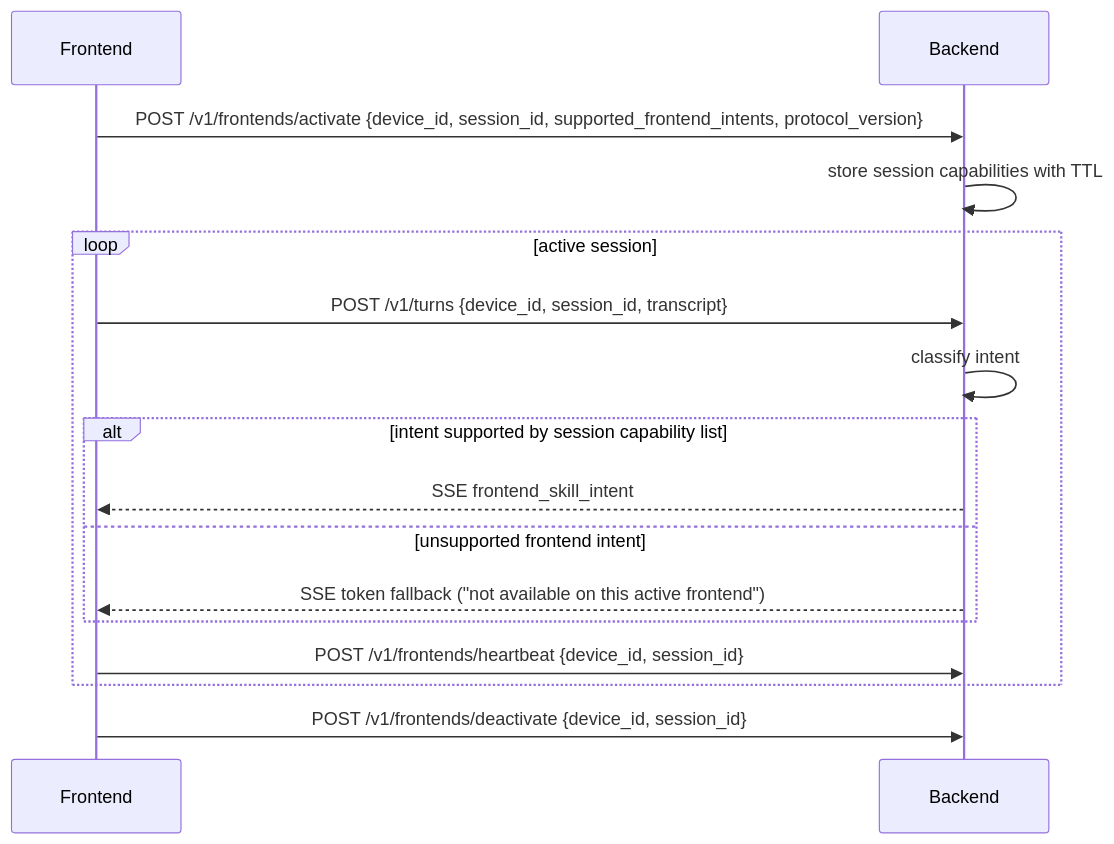
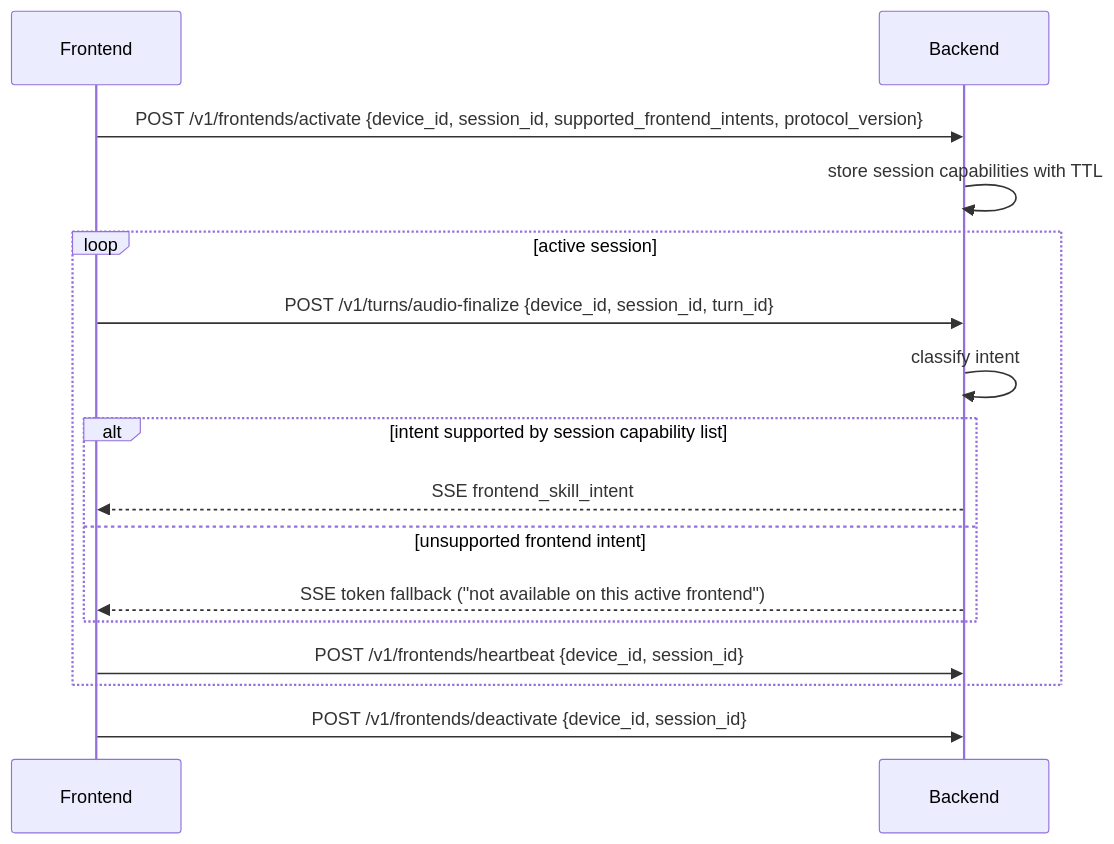
The tenth of 16 diagrams in docs/architecture/README.md (AncientiCe/aice), drawn with Mermaid before and after one commit. The commit also changed other lines of this file and 9 other files, not shown here.

````diff
--- a/docs/architecture/README.md
+++ b/docs/architecture/README.md
@@ -298,18 +302,18 @@
 ```mermaid
 sequenceDiagram
     participant Frontend
     participant Backend
     Frontend->>Backend: POST /v1/frontends/activate {device_id, session_id, supported_frontend_intents, protocol_version}
     Backend->>Backend: store session capabilities with TTL
     loop active session
-        Frontend->>Backend: POST /v1/turns {device_id, session_id, transcript}
+        Frontend->>Backend: POST /v1/turns/audio-finalize {device_id, session_id, turn_id}
         Backend->>Backend: classify intent
         alt intent supported by session capability list
             Backend-->>Frontend: SSE frontend_skill_intent
         else unsupported frontend intent
             Backend-->>Frontend: SSE token fallback ("not available on this active frontend")
         end
         Frontend->>Backend: POST /v1/frontends/heartbeat {device_id, session_id}
     end
     Frontend->>Backend: POST /v1/frontends/deactivate {device_id, session_id}
 ```
````
